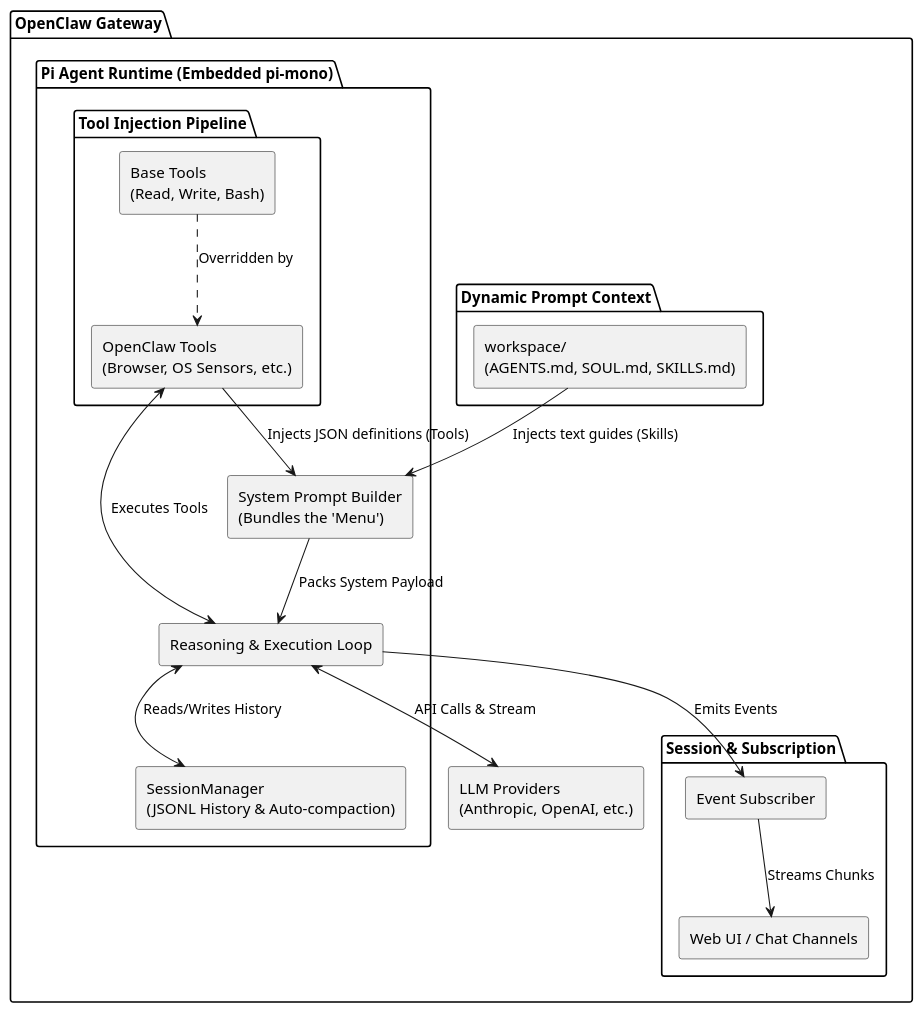
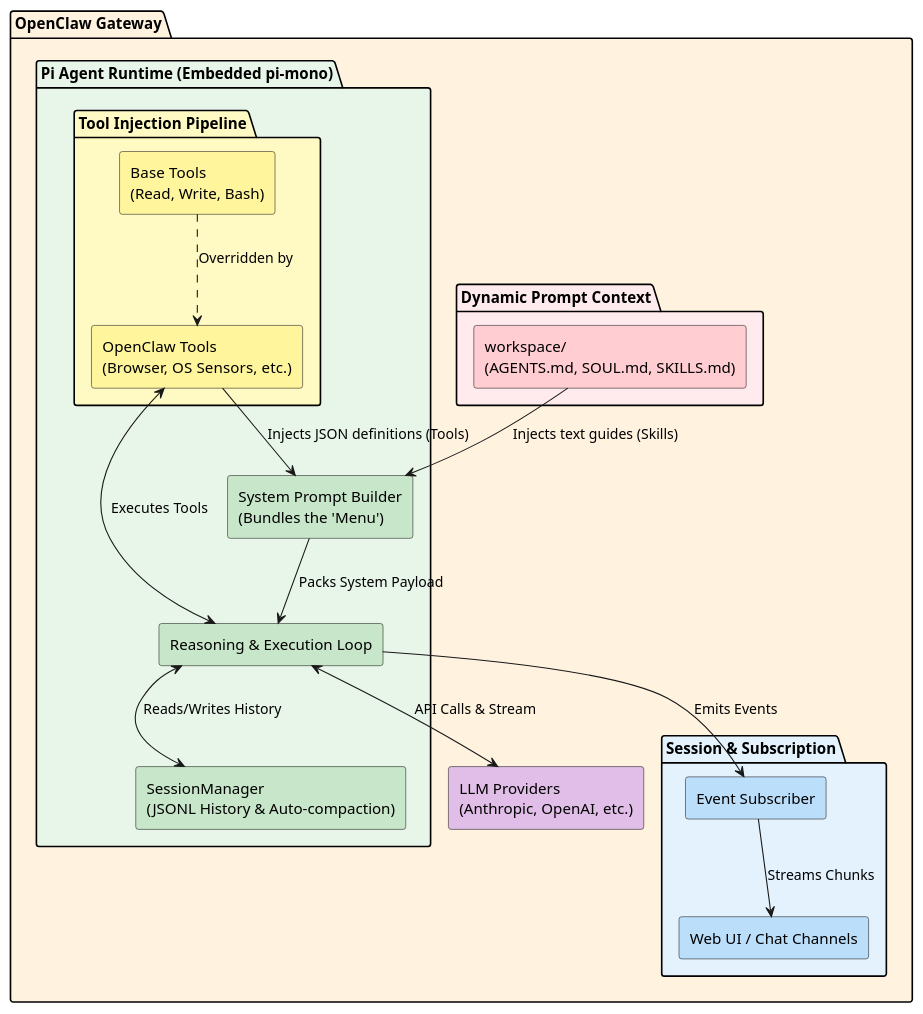
Before and after one commit to wangbin0619/openclaw: the diagram in 01-openclaw-learning/01-02-pi-runtime-graph.puml, drawn with PlantUML. The commit also changed 11 other files, not shown here.

```diff
--- a/01-openclaw-learning/01-02-pi-runtime-graph.puml
+++ b/01-openclaw-learning/01-02-pi-runtime-graph.puml
@@ -1,40 +1,41 @@
 @startuml
 skinparam componentStyle rectangle
+skinparam shadowing false
 
-package "OpenClaw Gateway" {
+package "OpenClaw Gateway" #FFF3E0 {
 
-  package "Dynamic Prompt Context" {
-    [workspace/\n(AGENTS.md, SOUL.md, SKILLS.md)] as Workspace
+  package "Dynamic Prompt Context" #FFEBEE {
+    [workspace/\n(AGENTS.md, SOUL.md, SKILLS.md)] as Workspace #FFCDD2
   }
 
-  package "Session & Subscription" {
-    [Event Subscriber] as Hooks
-    [Web UI / Chat Channels] as UI
+  package "Session & Subscription" #E3F2FD {
+    [Event Subscriber] as Hooks #BBDEFB
+    [Web UI / Chat Channels] as UI #BBDEFB
   }
 
-  package "Pi Agent Runtime (Embedded pi-mono)" {
-    [Reasoning & Execution Loop] as Reasoning
-    [SessionManager\n(JSONL History & Auto-compaction)] as SessionManager
-    [System Prompt Builder\n(Bundles the 'Menu')] as PromptBuilder
-    
-    package "Tool Injection Pipeline" {
-      [Base Tools\n(Read, Write, Bash)] as BaseTools
-      [OpenClaw Tools\n(Browser, OS Sensors, etc.)] as CustomTools
+  package "Pi Agent Runtime (Embedded pi-mono)" #E8F5E9 {
+    [Reasoning & Execution Loop] as Reasoning #C8E6C9
+    [SessionManager\n(JSONL History & Auto-compaction)] as SessionManager #C8E6C9
+    [System Prompt Builder\n(Bundles the 'Menu')] as PromptBuilder #C8E6C9
+
+    package "Tool Injection Pipeline" #FFF9C4 {
+      [Base Tools\n(Read, Write, Bash)] as BaseTools #FFF59D
+      [OpenClaw Tools\n(Browser, OS Sensors, etc.)] as CustomTools #FFF59D
       BaseTools ..> CustomTools : Overridden by
     }
   }
-  
-  [LLM Providers\n(Anthropic, OpenAI, etc.)] as LLM
+
+  [LLM Providers\n(Anthropic, OpenAI, etc.)] as LLM #E1BEE7
 }
 
 Workspace --> PromptBuilder : Injects text guides (Skills)
 CustomTools --> PromptBuilder : Injects JSON definitions (Tools)
 PromptBuilder --> Reasoning : Packs System Payload
 
 Reasoning <--> LLM : API Calls & Stream
 Reasoning <--> CustomTools : Executes Tools
 Reasoning <--> SessionManager : Reads/Writes History
 
 Reasoning --> Hooks : Emits Events
 Hooks --> UI : Streams Chunks
 @enduml
```
